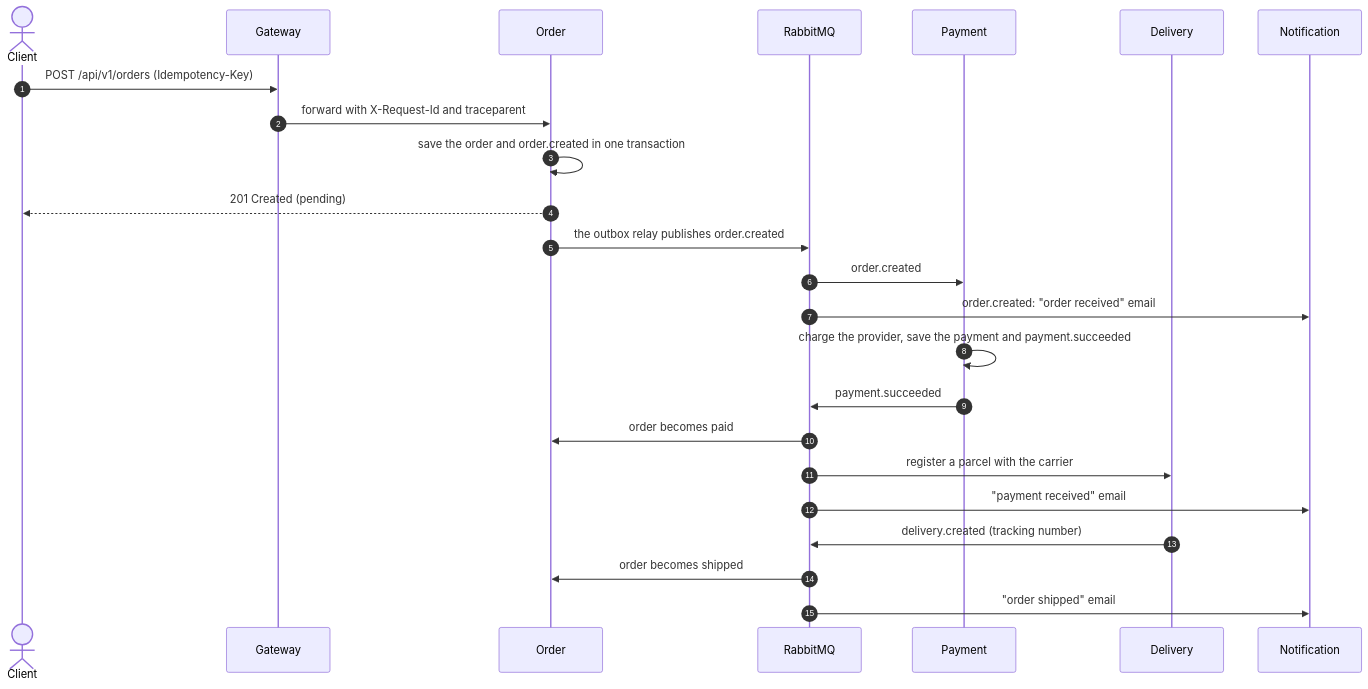
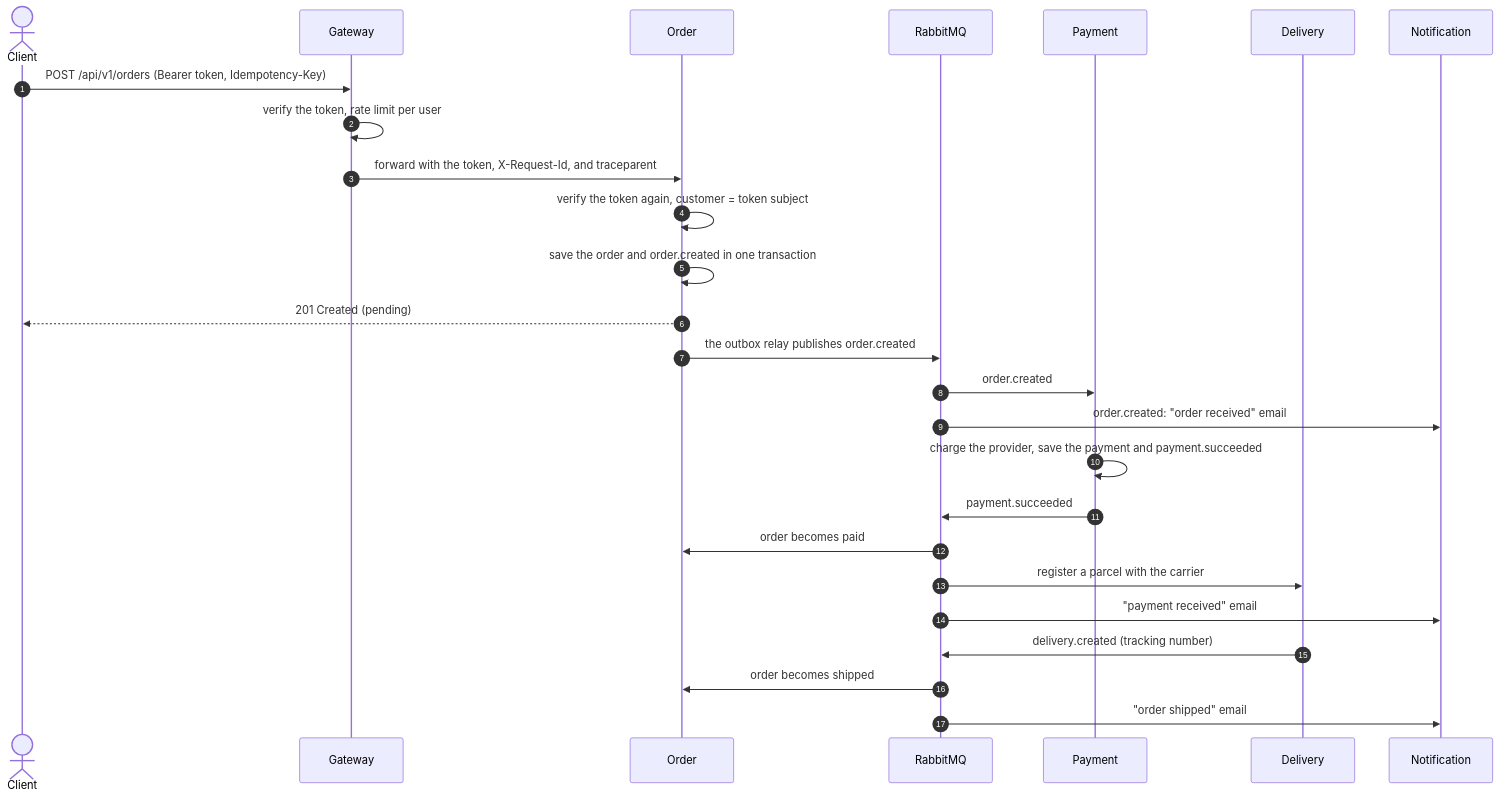
Before and after one commit to elita001/order-microservices: the second of 2 diagrams in README.md, drawn with Mermaid. The commit also changed other lines of this file and 26 other files, not shown here.

Commit message:
feat(auth): add Keycloak OIDC authentication with zero-trust token verification, per-customer authorization, rate limits per customer and composite idempotency keys

````diff
--- a/README.md
+++ b/README.md
@@ -66,27 +71,29 @@
 ```mermaid
 sequenceDiagram
     autonumber
     actor C as Client
     participant G as Gateway
     participant O as Order
     participant MQ as RabbitMQ
     participant P as Payment
     participant D as Delivery
     participant N as Notification
 
-    C->>G: POST /api/v1/orders (Idempotency-Key)
-    G->>O: forward with X-Request-Id and traceparent
+    C->>G: POST /api/v1/orders (Bearer token, Idempotency-Key)
+    G->>G: verify the token, rate limit per user
+    G->>O: forward with the token, X-Request-Id, and traceparent
+    O->>O: verify the token again, customer = token subject
     O->>O: save the order and order.created in one transaction
     O-->>C: 201 Created (pending)
     O->>MQ: the outbox relay publishes order.created
     MQ->>P: order.created
     MQ->>N: order.created: "order received" email
     P->>P: charge the provider, save the payment and payment.succeeded
     P->>MQ: payment.succeeded
     MQ->>O: order becomes paid
     MQ->>D: register a parcel with the carrier
     MQ->>N: "payment received" email
     D->>MQ: delivery.created (tracking number)
     MQ->>O: order becomes shipped
     MQ->>N: "order shipped" email
 ```
````
